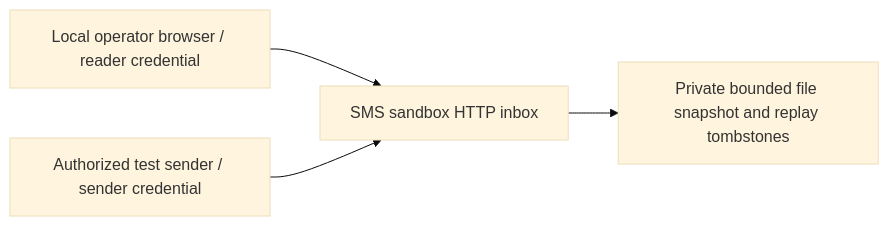
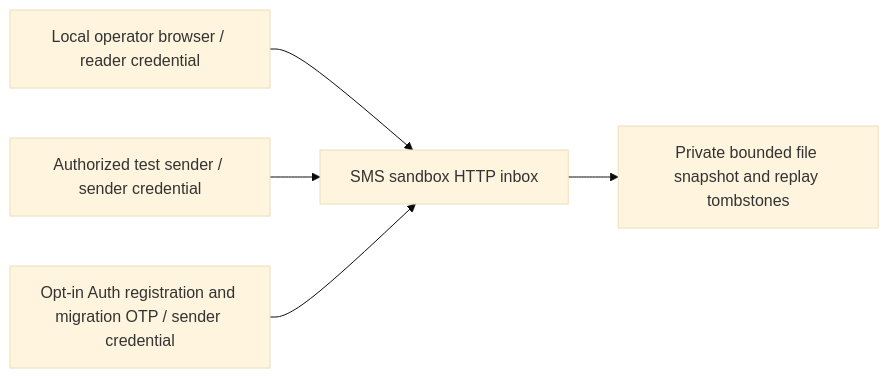
One commit to aarbabaev/ArMoney changed the second of 26 diagrams in ARCHITECTURE.md. Above: the diagram before and after it, drawn with Mermaid (base theme). The commit also changed other lines of this file and 9 other files, not shown here.

````diff
--- a/ARCHITECTURE.md
+++ b/ARCHITECTURE.md
@@ -137,6 +143,7 @@
 ```mermaid
 flowchart LR
     Operator["Local operator browser / reader credential"] --> Inbox["SMS sandbox HTTP inbox"]
     Fixture["Authorized test sender / sender credential"] --> Inbox
+    Auth["Opt-in Auth registration and migration OTP / sender credential"] --> Inbox
     Inbox --> Store["Private bounded file snapshot and replay tombstones"]
 ```
````
